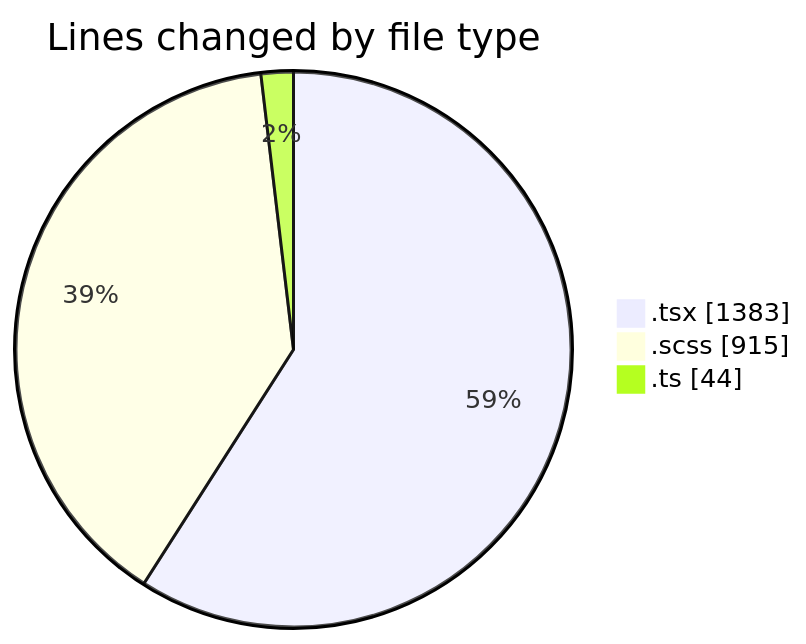
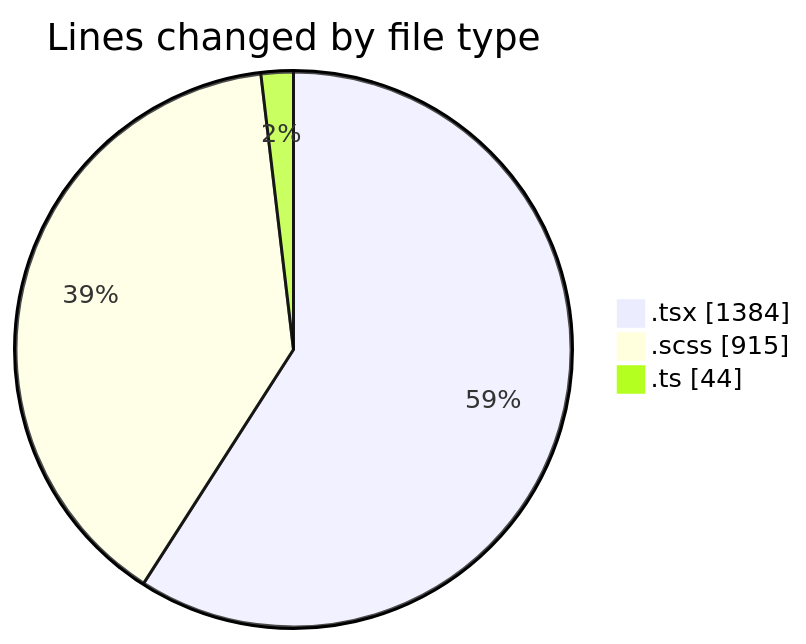
One commit to momahboobian/code-tracking changed the first of 2 diagrams in 2025-03-27/cda/README.md. Above: the diagram before and after it, drawn with Mermaid. The commit also changed other lines of this file and 1 other file, not shown here.

````diff
--- a/2025-03-27/cda/README.md
+++ b/2025-03-27/cda/README.md
@@ -29,7 +29,7 @@
 ```mermaid
 pie showData
 title Lines changed by file type
-".tsx" : 1383
+".tsx" : 1384
 ".scss" : 915
 ".ts" : 44
 ```
````
